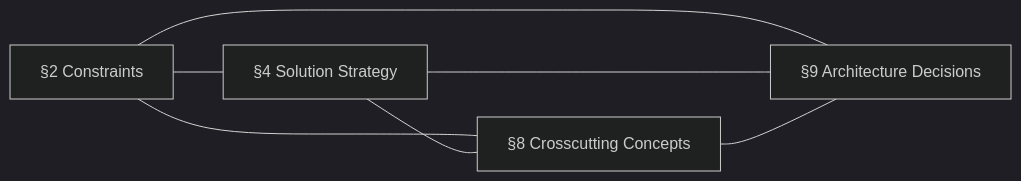
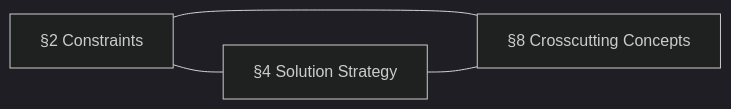
The diagram in plugins/agent-teams-workforce/skills/arc42-verify/references/source-integrity-checks.md (mark-satterfield/toolset), drawn with Mermaid (dark theme) before and after one commit. The commit also changed other lines of this file and 23 other files, not shown here.

````diff
--- a/plugins/agent-teams-workforce/skills/arc42-verify/references/source-integrity-checks.md
+++ b/plugins/agent-teams-workforce/skills/arc42-verify/references/source-integrity-checks.md
@@ -73,13 +73,9 @@
 ```mermaid
 flowchart LR
   S2[§2 Constraints]
   S4[§4 Solution Strategy]
   S8[§8 Crosscutting Concepts]
-  S9[§9 Architecture Decisions]
   S2 --- S4
-  S2 --- S9
   S2 --- S8
-  S4 --- S9
   S4 --- S8
-  S8 --- S9
 ```
````
